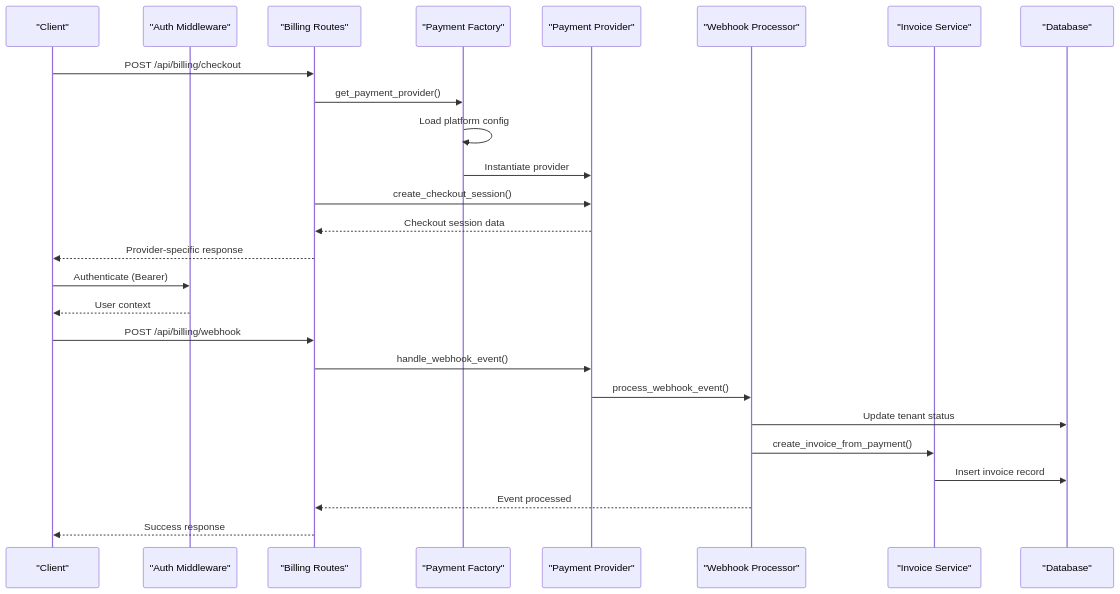
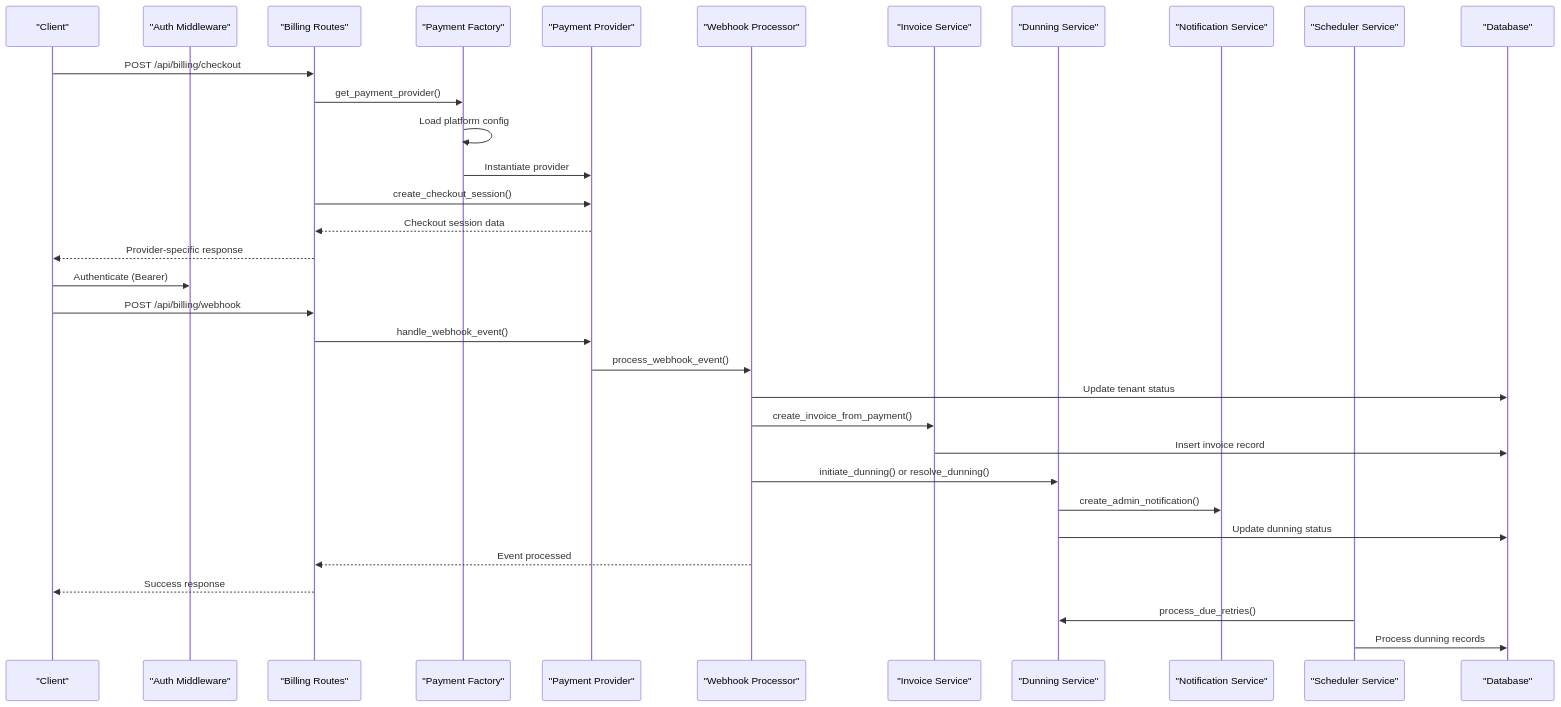
Before and after one commit to Revanththetalogics/aireume: the second of 7 diagrams in .qoder/repowiki/en/content/API Reference/Subscription & Billing.md, drawn with Mermaid. The commit also changed other lines of this file and 13 other files, not shown here.

````diff
--- a/.qoder/repowiki/en/content/API Reference/Subscription & Billing.md
+++ b/.qoder/repowiki/en/content/API Reference/Subscription & Billing.md
@@ -181,28 +220,35 @@
 ```mermaid
 sequenceDiagram
 participant Client as "Client"
 participant Auth as "Auth Middleware"
 participant Billing as "Billing Routes"
 participant Factory as "Payment Factory"
 participant Provider as "Payment Provider"
 participant Webhook as "Webhook Processor"
 participant Invoice as "Invoice Service"
+participant Dunning as "Dunning Service"
+participant Notification as "Notification Service"
+participant Scheduler as "Scheduler Service"
 participant DB as "Database"
 Client->>Billing : POST /api/billing/checkout
 Billing->>Factory : get_payment_provider()
 Factory->>Factory : Load platform config
 Factory->>Provider : Instantiate provider
 Billing->>Provider : create_checkout_session()
 Provider-->>Billing : Checkout session data
 Billing-->>Client : Provider-specific response
 Client->>Auth : Authenticate (Bearer)
-Auth-->>Client : User context
 Client->>Billing : POST /api/billing/webhook
 Billing->>Provider : handle_webhook_event()
 Provider->>Webhook : process_webhook_event()
 Webhook->>DB : Update tenant status
 Webhook->>Invoice : create_invoice_from_payment()
 Invoice->>DB : Insert invoice record
+Webhook->>Dunning : initiate_dunning() or resolve_dunning()
+Dunning->>Notification : create_admin_notification()
+Dunning->>DB : Update dunning status
 Webhook-->>Billing : Event processed
 Billing-->>Client : Success response
+Scheduler->>Dunning : process_due_retries()
+Scheduler->>DB : Process dunning records
 ```
````
